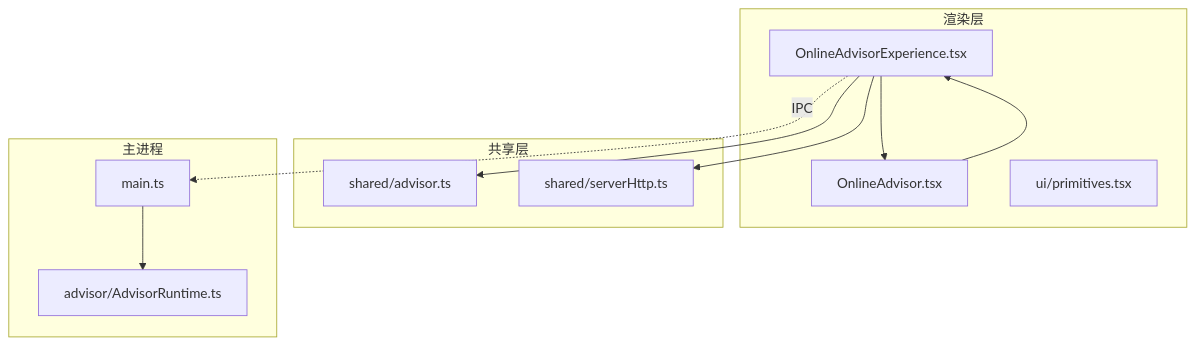
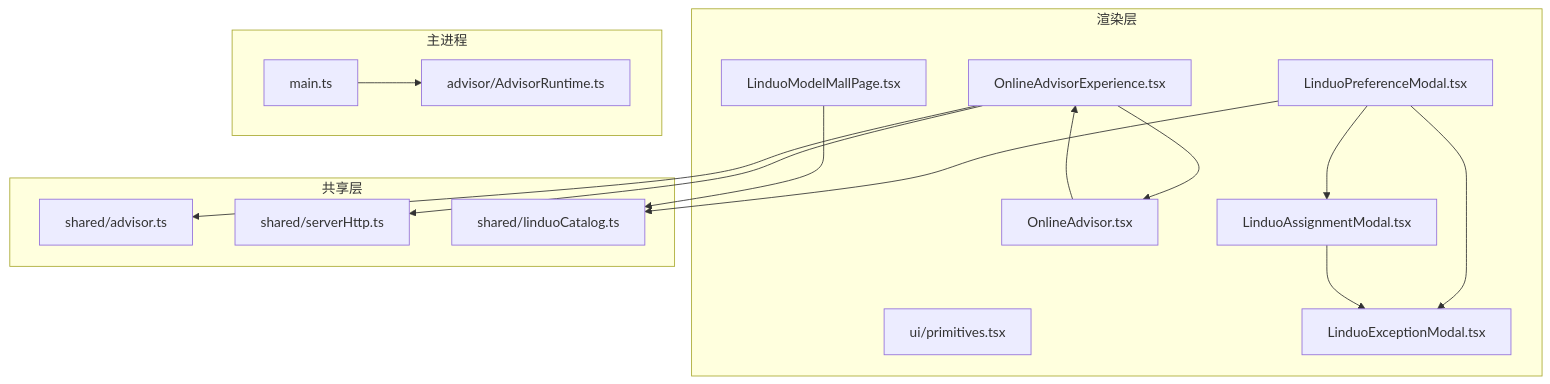
One commit to iljahofbauer219-lang/yandu changed the first of 4 diagrams in .qoder/repowiki/zh/content/用户界面组件/在线AI参谋体验界面.md. Above: the diagram before and after it, drawn with Mermaid. The commit also changed other lines of this file and 340 other files, not shown here.

````diff
--- a/.qoder/repowiki/zh/content/用户界面组件/在线AI参谋体验界面.md
+++ b/.qoder/repowiki/zh/content/用户界面组件/在线AI参谋体验界面.md
@@ -63,22 +58,31 @@
 ```mermaid
 graph TB
 subgraph "渲染层"
 OA["OnlineAdvisorExperience.tsx"]
 OAP["OnlineAdvisor.tsx"]
 PR["ui/primitives.tsx"]
+LPM["LinduoPreferenceModal.tsx"]
+LAM["LinduoAssignmentModal.tsx"]
+LEM["LinduoExceptionModal.tsx"]
+LMP["LinduoModelMallPage.tsx"]
 end
 subgraph "共享层"
 ADV["shared/advisor.ts"]
 HTTP["shared/serverHttp.ts"]
+CATALOG["shared/linduoCatalog.ts"]
 end
 subgraph "主进程"
 MAIN["main.ts"]
 RUNTIME["advisor/AdvisorRuntime.ts"]
 end
 OA --> OAP
 OA --> ADV
 OA --> HTTP
 OAP --> OA
 MAIN --> RUNTIME
-OA -.IPC.-> MAIN
+LPM --> LAM
+LPM --> LEM
+LAM --> LEM
+LPM --> CATALOG
+LMP --> CATALOG
 ```
````
